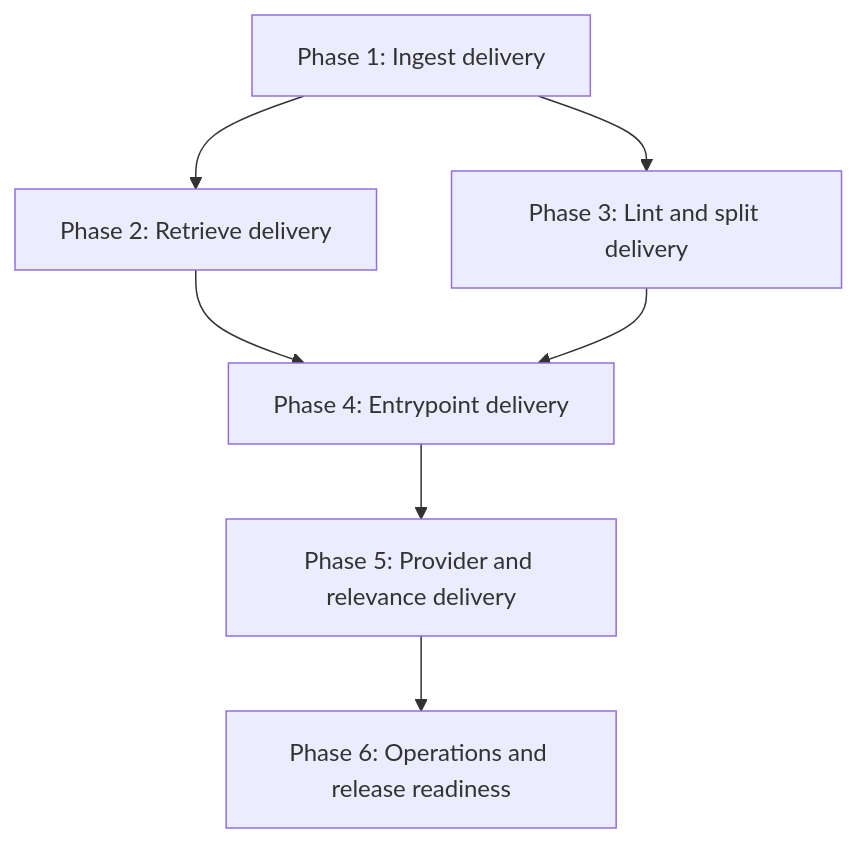
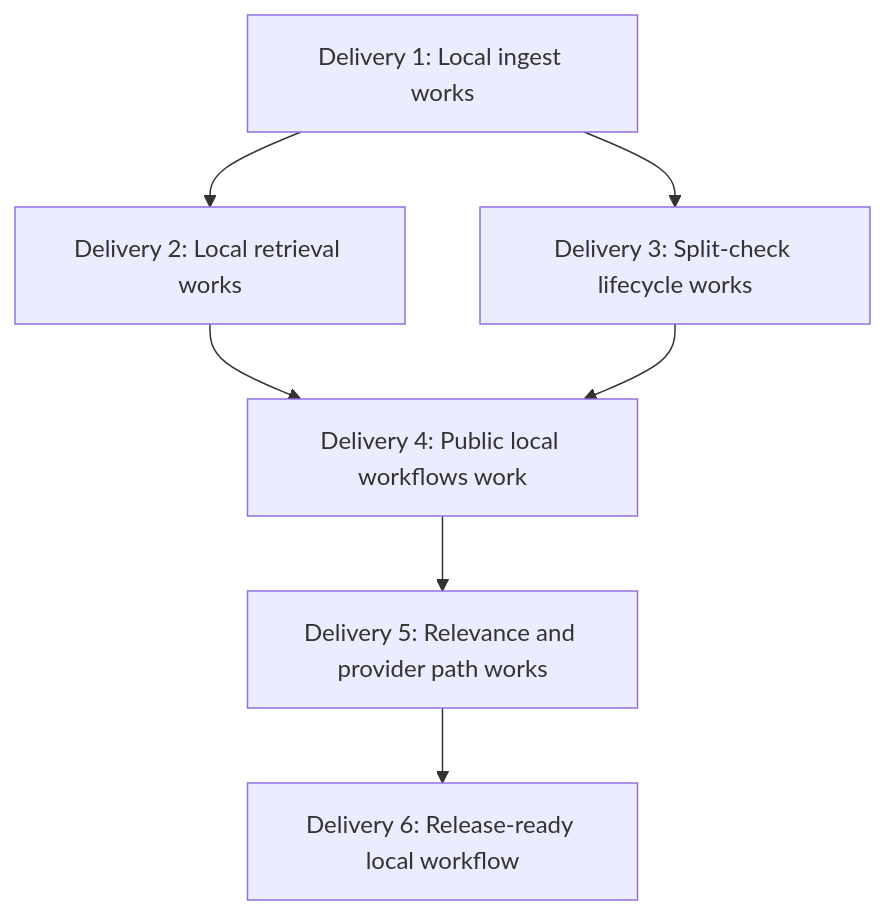
One commit to ShaggyBommba/Alexandria changed the diagram in delivery_plan.md. Above: the diagram before and after it, drawn with Mermaid. The commit also changed other lines of this file and 1 other file, not shown here.

````diff
--- a/delivery_plan.md
+++ b/delivery_plan.md
@@ -133,16 +57,16 @@
 ```mermaid
 flowchart TD
-    P1["Phase 1: Ingest delivery"]
-    P2["Phase 2: Retrieve delivery"]
-    P3["Phase 3: Lint and split delivery"]
-    P4["Phase 4: Entrypoint delivery"]
-    P5["Phase 5: Provider and relevance delivery"]
-    P6["Phase 6: Operations and release readiness"]
+    D1["Delivery 1: Local ingest works"]
+    D2["Delivery 2: Local retrieval works"]
+    D3["Delivery 3: Split-check lifecycle works"]
+    D4["Delivery 4: Public local workflows work"]
+    D5["Delivery 5: Relevance and provider path works"]
+    D6["Delivery 6: Release-ready local workflow"]
 
-    P1 --> P2
-    P1 --> P3
-    P2 --> P4
-    P3 --> P4
-    P4 --> P5
-    P5 --> P6
+    D1 --> D2
+    D1 --> D3
+    D2 --> D4
+    D3 --> D4
+    D4 --> D5
+    D5 --> D6
 ```
````
